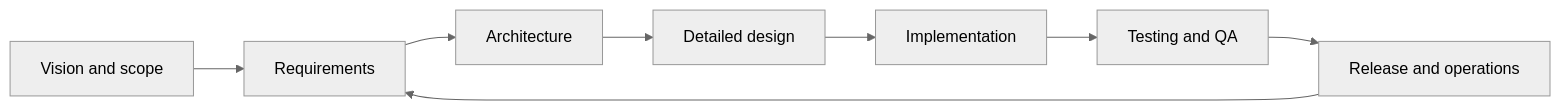
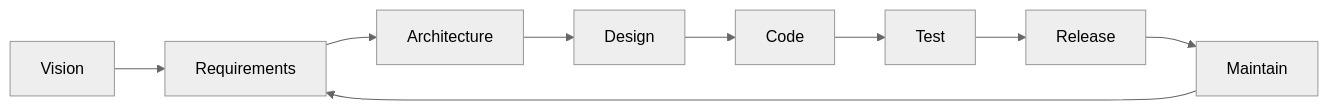
Before and after one commit to Washingtonwei/cosc-40943: the first of 3 diagrams in docs/slides/se-and-ai.md, drawn with Mermaid (neutral theme). The commit also changed other lines of this file and 2 other files, not shown here.

First line of the commit message:
Week 1 review pass: fix the diagrams and the quote attribution

````diff
--- a/docs/slides/se-and-ai.md
+++ b/docs/slides/se-and-ai.md
@@ -215,10 +215,11 @@
 ```mermaid
 flowchart LR
-  A[Vision and scope] --> B[Requirements]
+  A[Vision] --> B[Requirements]
   B --> C[Architecture]
-  C --> D[Detailed design]
-  D --> E[Implementation]
-  E --> F[Testing and QA]
-  F --> G[Release and operations]
-  G --> B
+  C --> D[Design]
+  D --> E[Code]
+  E --> F[Test]
+  F --> G[Release]
+  G --> H[Maintain]
+  H --> B
 ```
````
